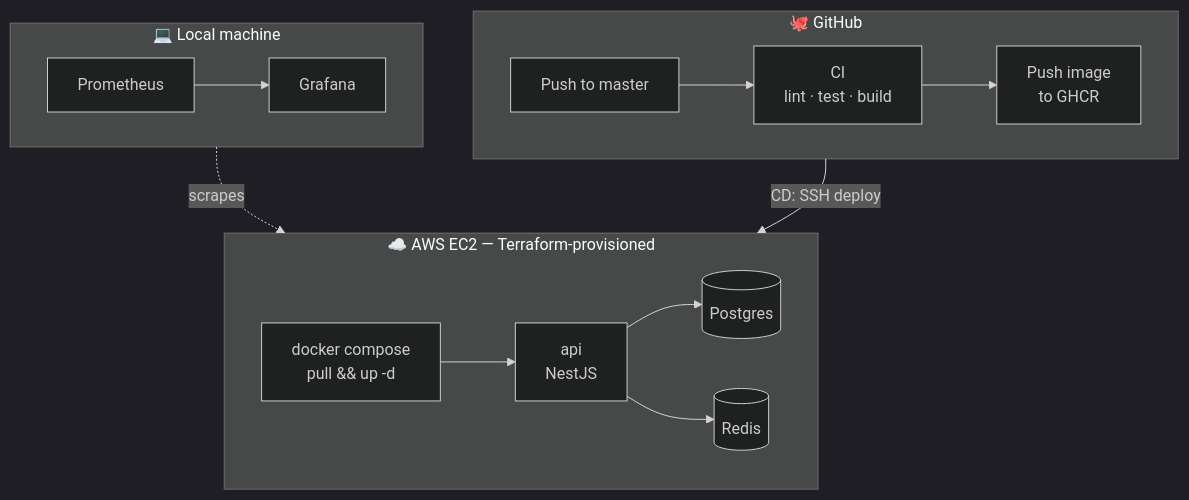
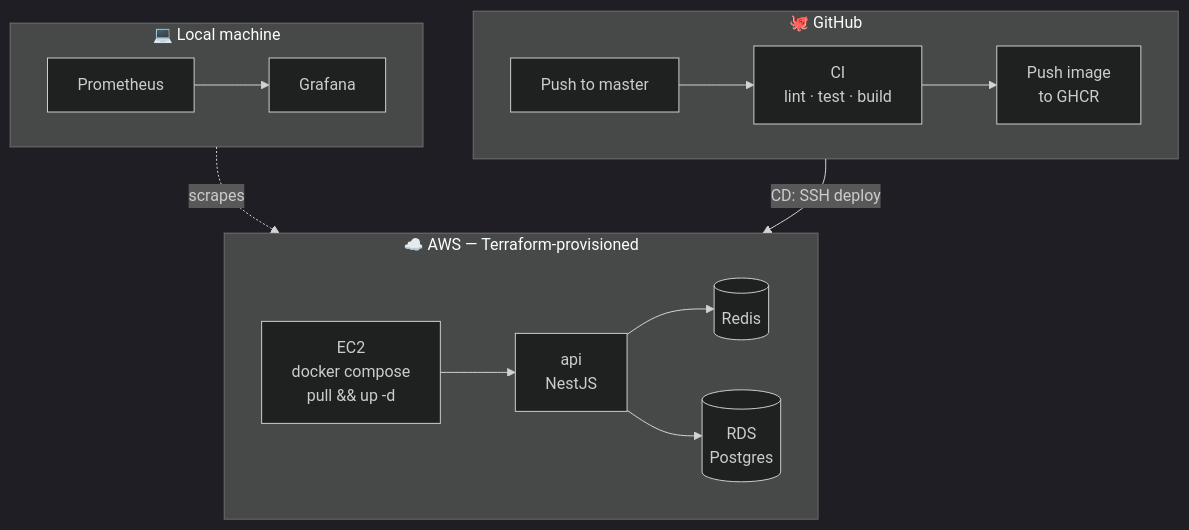
The diagram in README.md (les-holikov/knossos), drawn with Mermaid (dark theme) before and after one commit. The commit also changed other lines of this file and 10 other files, not shown here.

Commit message:
infra: move Postgres to AWS RDS, remove local postgres container

````diff
--- a/README.md
+++ b/README.md
@@ -16,23 +16,23 @@
 ```mermaid
 flowchart TB
     subgraph GH["🐙 GitHub"]
         direction LR
         Push["Push to master"] --> CI["CI<br/>lint · test · build"]
         CI --> Registry["Push image<br/>to GHCR"]
     end
 
-    subgraph AWS["☁️ AWS EC2 — Terraform-provisioned"]
+    subgraph AWS["☁️ AWS — Terraform-provisioned"]
         direction LR
-        Compose["docker compose<br/>pull && up -d"] --> API["api<br/>NestJS"]
-        API --> PG[("Postgres")]
+        Compose["EC2<br/>docker compose<br/>pull && up -d"] --> API["api<br/>NestJS"]
         API --> Redis[("Redis")]
+        API --> RDS[("RDS<br/>Postgres")]
     end
 
     subgraph Local["💻 Local machine"]
         direction LR
         Prom["Prometheus"] --> Graf["Grafana"]
     end
 
     Registry -- "CD: SSH deploy" --> Compose
     Prom -. scrapes .-> API
 ```
````
